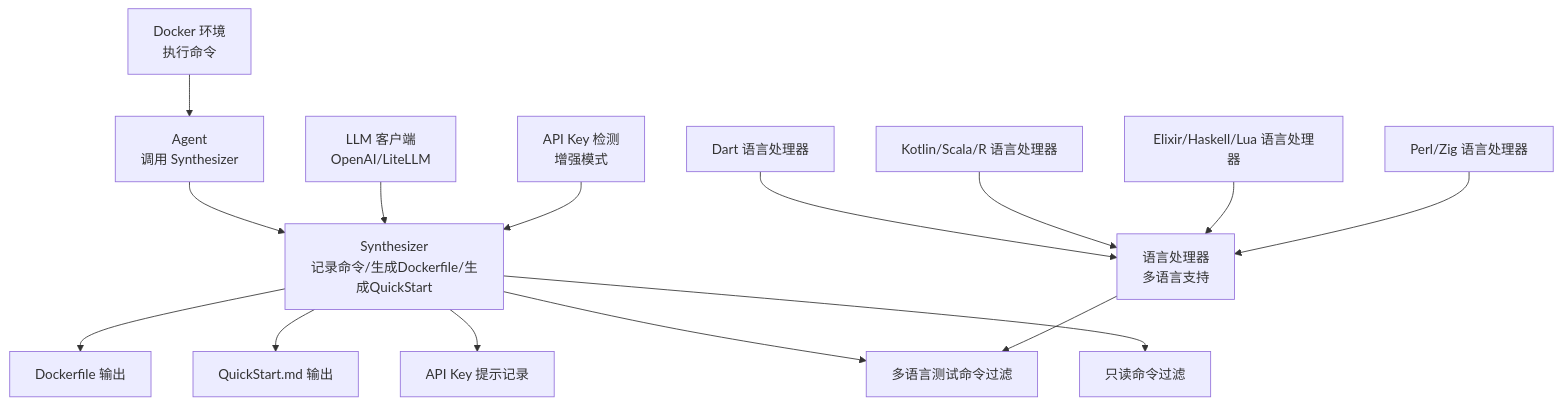
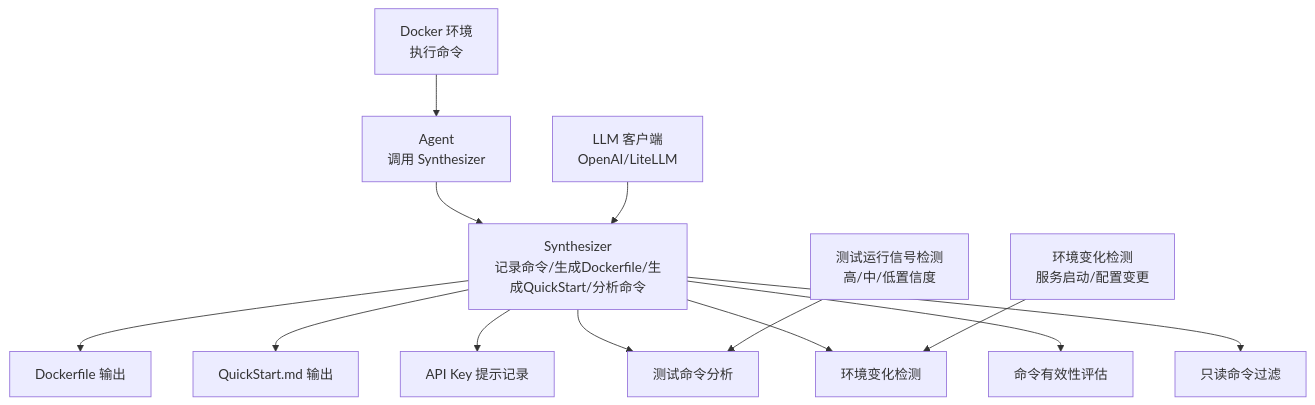
One commit to Jayint/Jayint-repo changed the first of 12 diagrams in .qoder/repowiki/zh/content/核心组件/Synthesizer 模块/Synthesizer 模块.md. Above: the diagram before and after it, drawn with Mermaid. The commit also changed other lines of this file and 497 other files, not shown here.

````diff
--- a/.qoder/repowiki/zh/content/核心组件/Synthesizer 模块/Synthesizer 模块.md
+++ b/.qoder/repowiki/zh/content/核心组件/Synthesizer 模块/Synthesizer 模块.md
@@ -64,17 +66,15 @@
 ```mermaid
 graph TB
-A["Synthesizer<br/>记录命令/生成Dockerfile/生成QuickStart"] --> B["Dockerfile 输出"]
+A["Synthesizer<br/>记录命令/生成Dockerfile/生成QuickStart/分析命令"] --> B["Dockerfile 输出"]
 A --> C["QuickStart.md 输出"]
 A --> D["API Key 提示记录"]
-A --> E["多语言测试命令过滤"]
-A --> F["只读命令过滤"]
-G["Agent<br/>调用 Synthesizer"] --> A
-H["Docker 环境<br/>执行命令"] --> G
-I["LLM 客户端<br/>OpenAI/LiteLLM"] --> A
-J["语言处理器<br/>多语言支持"] --> E
-K["Dart 语言处理器"] --> J
-L["Kotlin/Scala/R 语言处理器"] --> J
-M["Elixir/Haskell/Lua 语言处理器"] --> J
-N["Perl/Zig 语言处理器"] --> J
-O["API Key 检测<br/>增强模式"] --> A
+A --> E["测试命令分析"]
+A --> F["环境变化检测"]
+A --> G["命令有效性评估"]
+A --> H["只读命令过滤"]
+I["Agent<br/>调用 Synthesizer"] --> A
+J["Docker 环境<br/>执行命令"] --> I
+K["LLM 客户端<br/>OpenAI/LiteLLM"] --> A
+L["测试运行信号检测<br/>高/中/低置信度"] --> E
+M["环境变化检测<br/>服务启动/配置变更"] --> F
 ```
````
